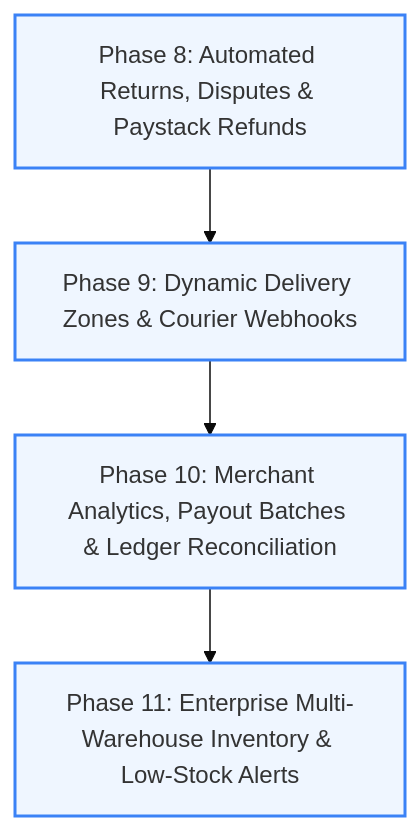
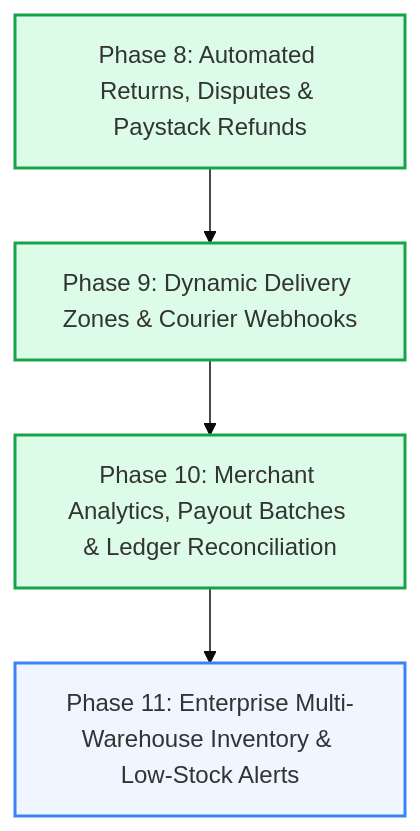
One commit to kojowiafe-dev/NextDor changed the second of 2 diagrams in PROJECT_PHASES_AND_ROADMAP.md. Above: the diagram before and after it, drawn with Mermaid (base theme). The commit also changed other lines of this file and 29 other files, not shown here.

````diff
--- a/PROJECT_PHASES_AND_ROADMAP.md
+++ b/PROJECT_PHASES_AND_ROADMAP.md
@@ -143,11 +143,11 @@
 ```mermaid
 graph TD
     P8[Phase 8: Automated Returns, Disputes & Paystack Refunds] --> P9[Phase 9: Dynamic Delivery Zones & Courier Webhooks]
     P9 --> P10[Phase 10: Merchant Analytics, Payout Batches & Ledger Reconciliation]
     P10 --> P11[Phase 11: Enterprise Multi-Warehouse Inventory & Low-Stock Alerts]
     
-    style P8 fill:#eff6ff,stroke:#3b82f6,stroke-width:2px
-    style P9 fill:#eff6ff,stroke:#3b82f6,stroke-width:2px
-    style P10 fill:#eff6ff,stroke:#3b82f6,stroke-width:2px
+    style P8 fill:#dcfce7,stroke:#16a34a,stroke-width:2px
+    style P9 fill:#dcfce7,stroke:#16a34a,stroke-width:2px
+    style P10 fill:#dcfce7,stroke:#16a34a,stroke-width:2px
     style P11 fill:#eff6ff,stroke:#3b82f6,stroke-width:2px
 ```
````
